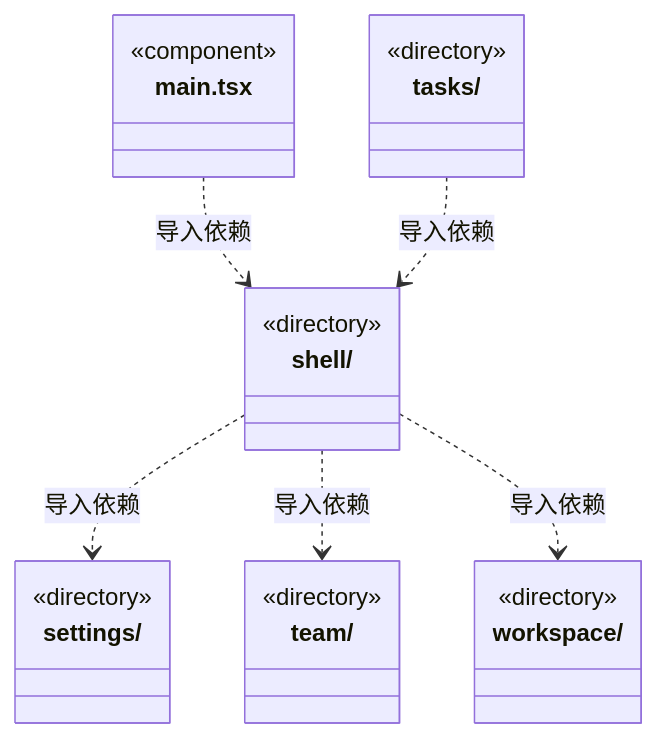
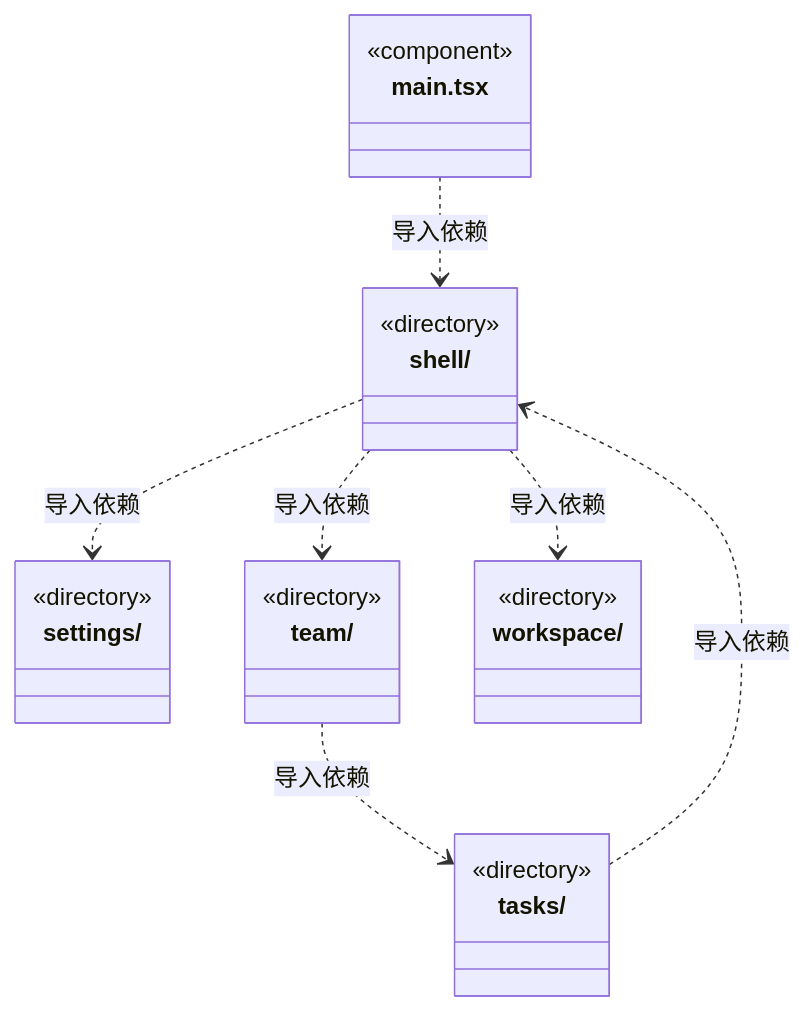
Before and after one commit to nan023062/cbim: the second of 2 diagrams in src/frontend/ARCHITECTURE.md, drawn with Mermaid. The commit also changed other lines of this file and 240 other files, not shown here.

````diff
--- a/src/frontend/ARCHITECTURE.md
+++ b/src/frontend/ARCHITECTURE.md
@@ -40,26 +41,27 @@
 ```mermaid
 classDiagram
 class N_src_frontend_settings["settings/"] {
   <<directory>>
 }
 class N_src_frontend_shell["shell/"] {
   <<directory>>
 }
 class N_src_frontend_tasks["tasks/"] {
   <<directory>>
 }
 class N_src_frontend_team["team/"] {
   <<directory>>
 }
 class N_src_frontend_workspace["workspace/"] {
   <<directory>>
 }
 class N_src_frontend_main_tsx["main.tsx"] {
   <<component>>
 }
 N_src_frontend_main_tsx ..> N_src_frontend_shell : 导入依赖
 N_src_frontend_shell ..> N_src_frontend_settings : 导入依赖
 N_src_frontend_shell ..> N_src_frontend_team : 导入依赖
 N_src_frontend_shell ..> N_src_frontend_workspace : 导入依赖
 N_src_frontend_tasks ..> N_src_frontend_shell : 导入依赖
+N_src_frontend_team ..> N_src_frontend_tasks : 导入依赖
 ```
````
